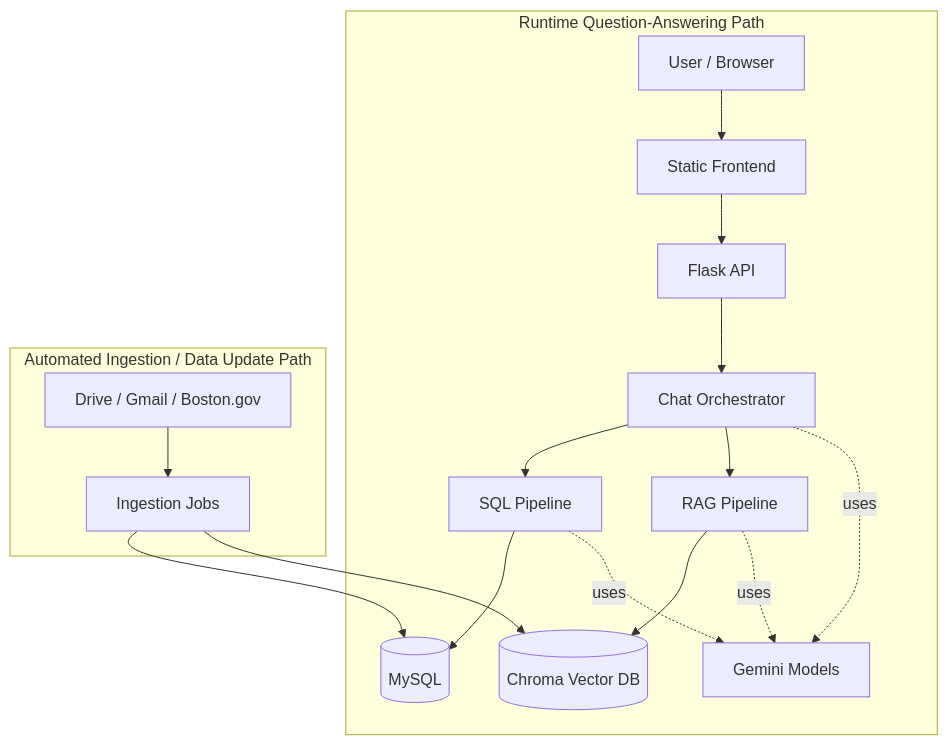
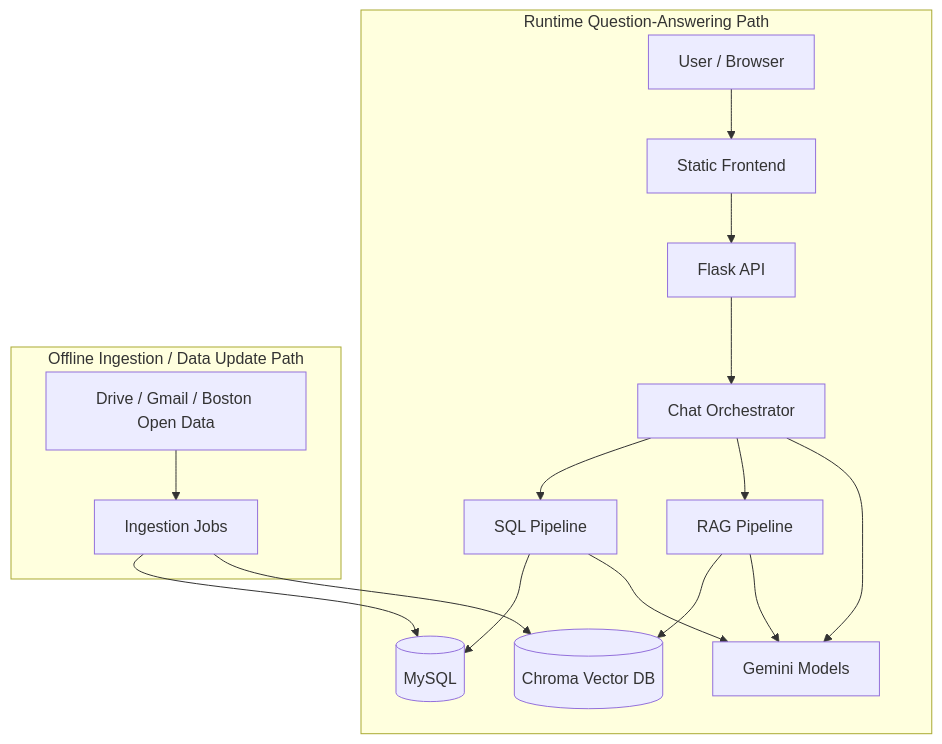
One commit to BU-Spark/ml-misi-community-sentiment changed the first of 2 diagrams in system_design.md. Above: the diagram before and after it, drawn with Mermaid.

````diff
--- a/system_design.md
+++ b/system_design.md
@@ -15,21 +15,21 @@
 ```mermaid
 flowchart TD
     subgraph Runtime["Runtime Question-Answering Path"]
         A[User / Browser] --> B[Static Frontend]
         B --> C[Flask API]
         C --> D[Chat Orchestrator]
         D --> E[SQL Pipeline]
         D --> F[RAG Pipeline]
         E --> G[(MySQL)]
         F --> H[(Chroma Vector DB)]
-        D -.uses.-> I[Gemini Models]
-        E -.uses.-> I
-        F -.uses.-> I
+        D --> I[Gemini Models]
+        E --> I
+        F --> I
     end
 
-    subgraph Ingestion["Automated Ingestion / Data Update Path"]
-        K[Drive / Gmail / Boston.gov] --> J[Ingestion Jobs]
+    subgraph Ingestion["Offline Ingestion / Data Update Path"]
+        K[Drive / Gmail / Boston Open Data] --> J[Ingestion Jobs]
         J --> G
         J --> H
     end
 ```
````
